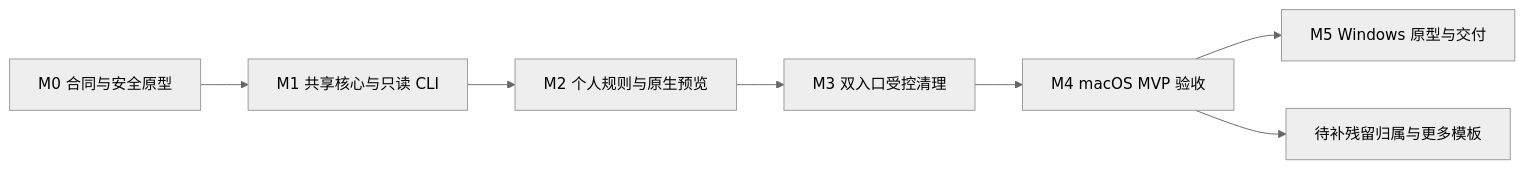
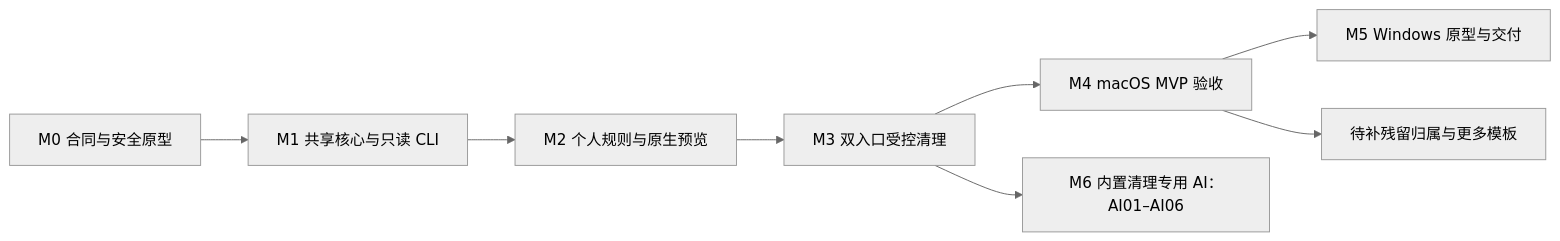
The diagram in docs/zh-CN/engineering/implementation-plan.md (limecloud/shou), drawn with Mermaid (neutral theme) before and after one commit. The commit also changed other lines of this file and 205 other files, not shown here.

````diff
--- a/docs/zh-CN/engineering/implementation-plan.md
+++ b/docs/zh-CN/engineering/implementation-plan.md
@@ -39,9 +39,10 @@
 ```mermaid
 flowchart LR
     M0[M0 合同与安全原型] --> M1[M1 共享核心与只读 CLI]
     M1 --> M2[M2 个人规则与原生预览]
     M2 --> M3[M3 双入口受控清理]
     M3 --> M4[M4 macOS MVP 验收]
     M4 --> M5[M5 Windows 原型与交付]
+    M3 --> M6[M6 内置清理专用 AI：AI01–AI06]
     M4 --> Later[待补残留归属与更多模板]
 ```
````
